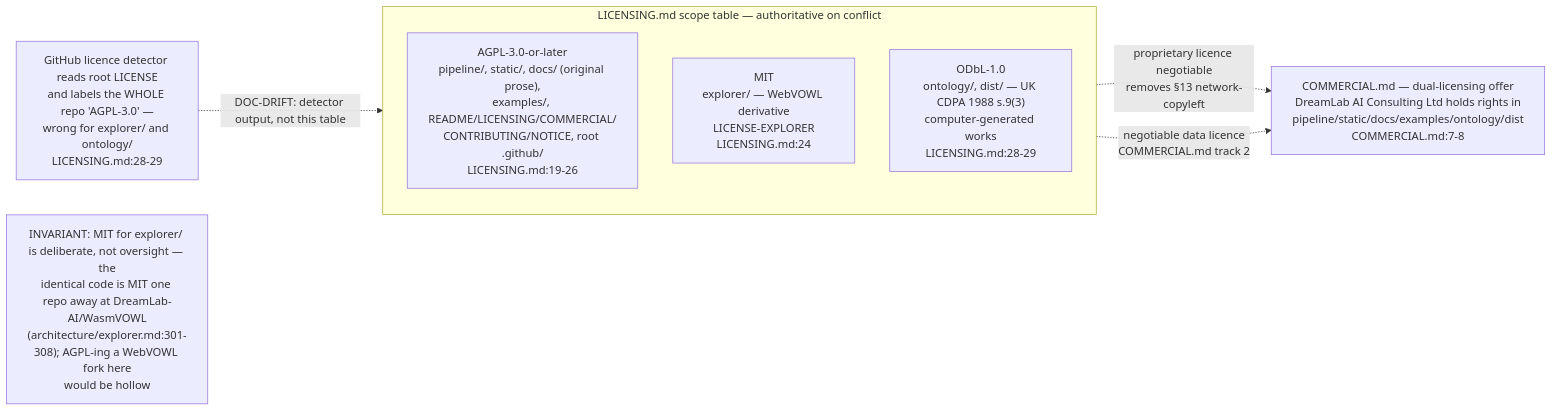
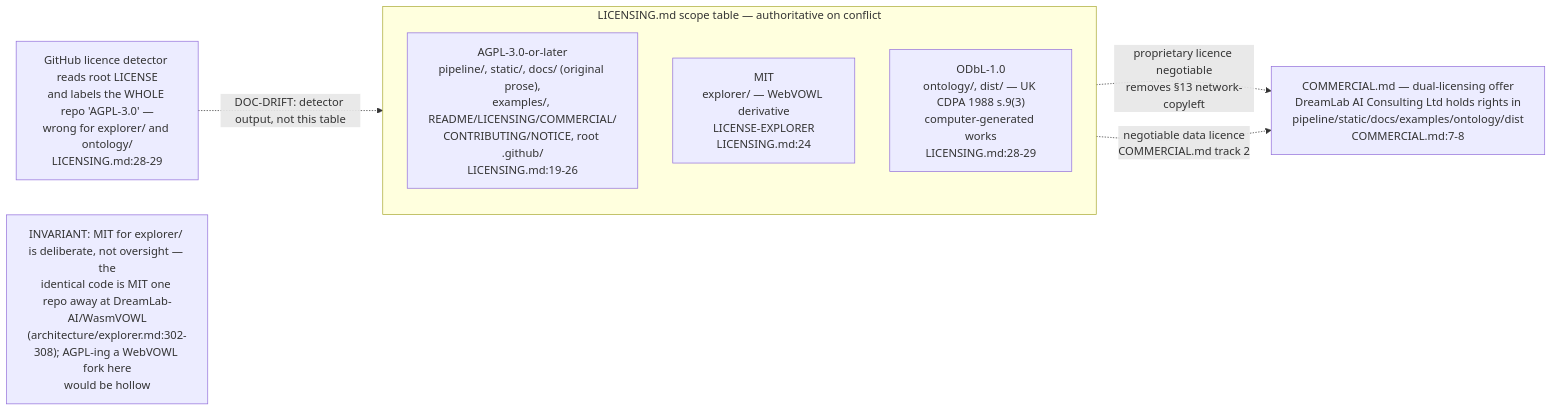
Before and after one commit to DreamLab-AI/VisionFlow: the second of 4 diagrams in docs/diagrams/knowledgegraph/01-repo-composition-and-licensing.md, drawn with Mermaid. The commit also changed other lines of this file and 185 other files, not shown here.

Commit message:
docs(estate): reconcile diagrams and ADRs with source and define closeout sprint

````diff
--- a/docs/diagrams/knowledgegraph/01-repo-composition-and-licensing.md
+++ b/docs/diagrams/knowledgegraph/01-repo-composition-and-licensing.md
@@ -47,15 +48,15 @@
 ```mermaid
 flowchart LR
     subgraph SCOPE["LICENSING.md scope table — authoritative on conflict"]
         direction TB
         AGPL["AGPL-3.0-or-later<br/>pipeline/, static/, docs/ (original prose),<br/>examples/, README/LICENSING/COMMERCIAL/<br/>CONTRIBUTING/NOTICE, root .github/<br/>LICENSING.md:19-26"]
         MIT["MIT<br/>explorer/ — WebVOWL derivative<br/>LICENSE-EXPLORER<br/>LICENSING.md:24"]
         ODBL["ODbL-1.0<br/>ontology/, dist/ — UK CDPA 1988 s.9(3)<br/>computer-generated works<br/>LICENSING.md:28-29"]
     end
     GHDETECT["GitHub licence detector reads root LICENSE<br/>and labels the WHOLE repo 'AGPL-3.0' —<br/>wrong for explorer/ and ontology/<br/>LICENSING.md:28-29"]
     GHDETECT -.->|"DOC-DRIFT: detector output, not this table"| SCOPE
     COMM["COMMERCIAL.md — dual-licensing offer<br/>DreamLab AI Consulting Ltd holds rights in<br/>pipeline/static/docs/examples/ontology/dist<br/>COMMERCIAL.md:7-8"]
     AGPL -.->|"proprietary licence negotiable<br/>removes §13 network-copyleft"| COMM
     ODBL -.->|"negotiable data licence<br/>COMMERCIAL.md track 2"| COMM
-    note1["INVARIANT: MIT for explorer/ is deliberate, not oversight — the<br/>identical code is MIT one repo away at DreamLab-AI/WasmVOWL<br/>(architecture/explorer.md:301-308); AGPL-ing a WebVOWL fork here<br/>would be hollow"]
+    note1["INVARIANT: MIT for explorer/ is deliberate, not oversight — the<br/>identical code is MIT one repo away at DreamLab-AI/WasmVOWL<br/>(architecture/explorer.md:302-308); AGPL-ing a WebVOWL fork here<br/>would be hollow"]
 ```
````
